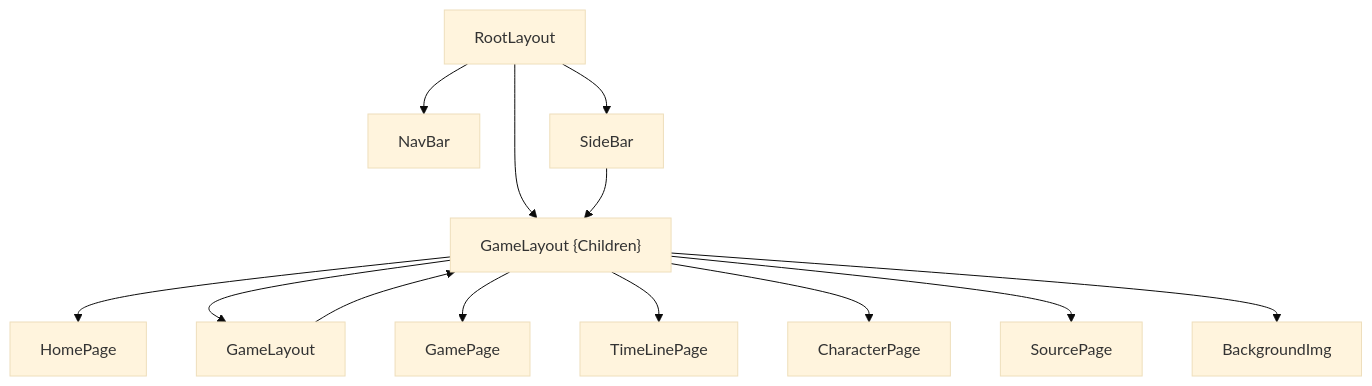
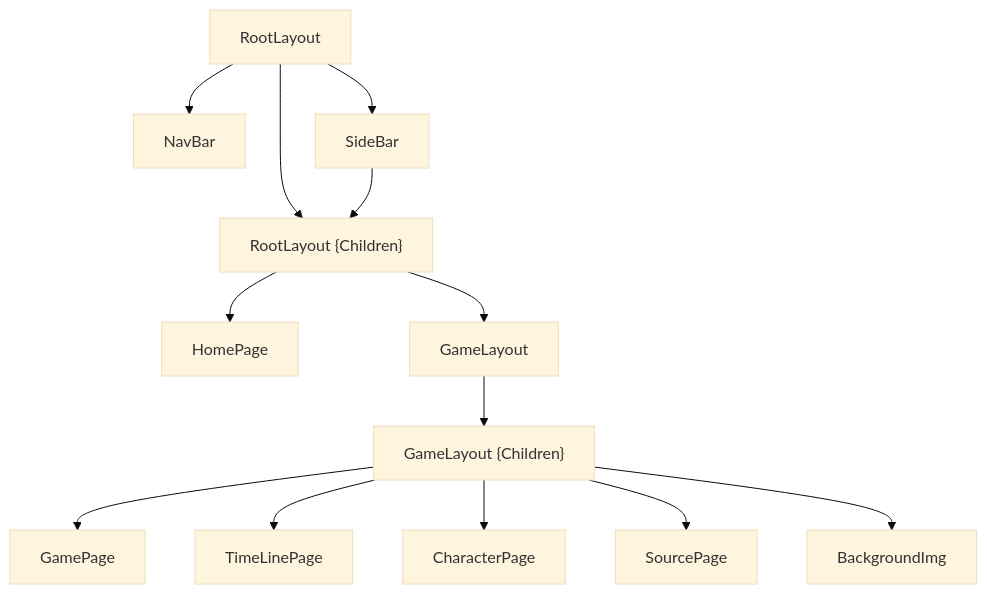
Before and after one commit to TheNefelin/game-guides-nextjs: the diagram in README.md, drawn with Mermaid (base theme).

````diff
--- a/README.md
+++ b/README.md
@@ -4,19 +4,19 @@
 ```mermaid
 graph TD;
     RootLayout --> NavBar
     RootLayout --> SideBar
     RootLayout --> id1["RootLayout {Children}"]
 
     id1["RootLayout {Children}"] --> HomePage
     SideBar --> id1["RootLayout {Children}"]
 
     id1["RootLayout {Children}"] --> GameLayout
-    GameLayout --> id1["GameLayout {Children}"]
+    GameLayout --> id2["GameLayout {Children}"]
 
-    id1["GameLayout {Children}"] --> GamePage
-    id1["GameLayout {Children}"] --> TimeLinePage
-    id1["GameLayout {Children}"] --> CharacterPage        
-    id1["GameLayout {Children}"] --> SourcePage
-    id1["GameLayout {Children}"] --> BackgroundImg
+    id2["GameLayout {Children}"] --> GamePage
+    id2["GameLayout {Children}"] --> TimeLinePage
+    id2["GameLayout {Children}"] --> CharacterPage        
+    id2["GameLayout {Children}"] --> SourcePage
+    id2["GameLayout {Children}"] --> BackgroundImg
     ;
 ```
````
